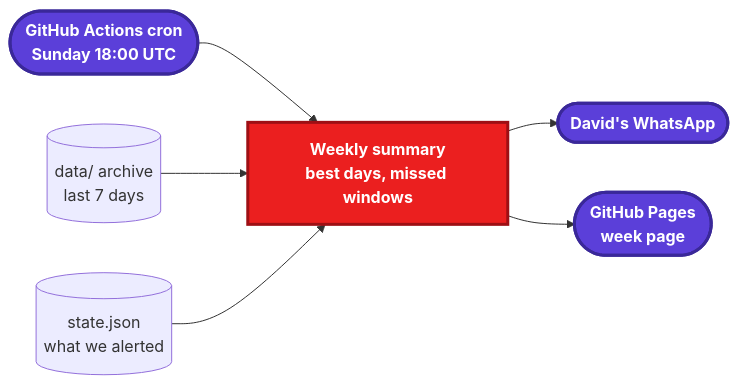
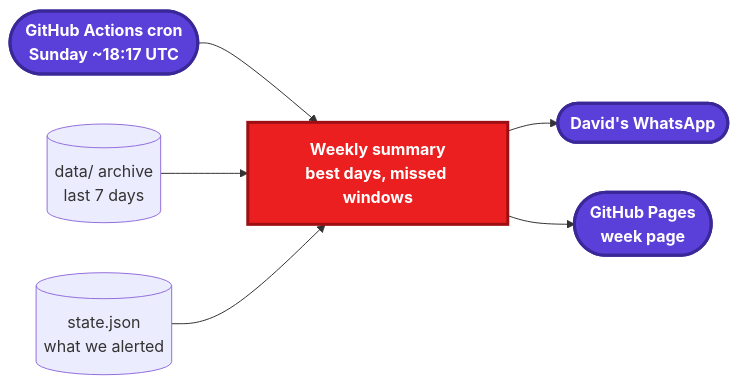
The second of 2 diagrams in docs/specs/wing-alert.md (daplein/wing-alert), drawn with Mermaid before and after one commit. The commit also changed other lines of this file and 1 other file, not shown here.

````diff
--- a/docs/specs/wing-alert.md
+++ b/docs/specs/wing-alert.md
@@ -68,18 +68,18 @@
 ```mermaid
 flowchart LR
-    cron([GitHub Actions cron<br/>Sunday 18:00 UTC]):::ext
+    cron([GitHub Actions cron<br/>Sunday ~18:17 UTC]):::ext
     archive[(data/ archive<br/>last 7 days)]
     sent[(state.json<br/>what we alerted)]
     review[Weekly summary<br/>best days, missed windows]:::hot
     me([David's WhatsApp]):::ext
     pages([GitHub Pages<br/>week page]):::ext
 
     cron --> review
     archive --> review
     sent --> review
     review --> me
     review --> pages
 
     classDef hot fill:#EB1F1F,stroke:#9E0F14,stroke-width:3px,color:#fff,font-weight:bold
     classDef ext fill:#5B3FD9,stroke:#3A2899,stroke-width:3px,color:#fff,font-weight:bold
 ```
````
